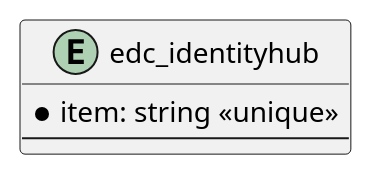
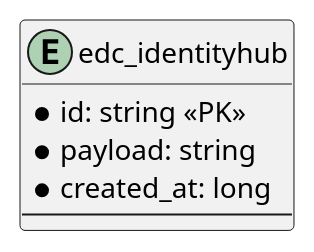
The diagram in extensions/store/sql/identity-hub-store-sql/docs/er.puml (eclipse-edc/IdentityHub), drawn with PlantUML before and after one commit. The commit also changed 33 other files, not shown here.

```diff
--- a/extensions/store/sql/identity-hub-store-sql/docs/er.puml
+++ b/extensions/store/sql/identity-hub-store-sql/docs/er.puml
@@ -1,6 +1,8 @@
 @startuml
 entity edc_identityhub {
-  * item: string <<unique>>
+  * id: string <<PK>>
+  * payload: string
+  * created_at: long
   --
 }
 @enduml
```
